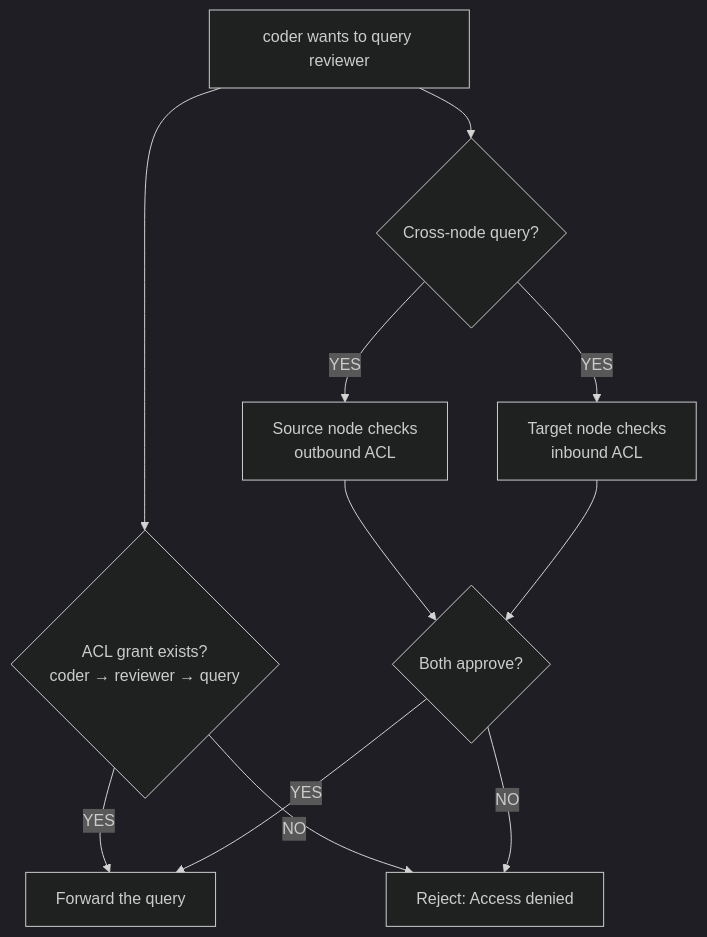
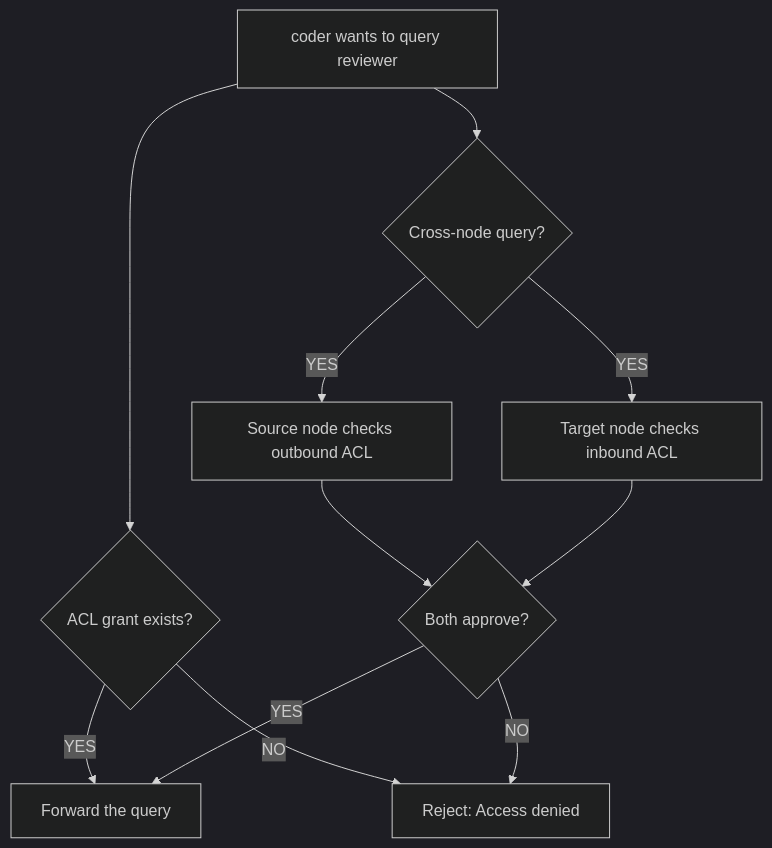
The diagram in website/docs/features/permissions.md (johnloveworld2022-ops/mecha.im), drawn with Mermaid (dark theme) before and after one commit. The commit also changed 16 other files, not shown here.

First line of the commit message:
docs: fix accuracy issues, mermaid v11 syntax, and casa command prefixes

````diff
--- a/website/docs/features/permissions.md
+++ b/website/docs/features/permissions.md
@@ -47,13 +47,13 @@
 ```mermaid
 flowchart TD
-  A["coder wants to query reviewer"] --> B{"ACL grant exists?<br/>coder → reviewer → query"}
+  A["coder wants to query reviewer"] --> B{"ACL grant exists?"}
   B -- YES --> C["Forward the query"]
   B -- NO --> D["Reject: Access denied"]
   A --> E{"Cross-node query?"}
-  E -- YES --> F["Source node checks<br/>outbound ACL"]
-  E -- YES --> G["Target node checks<br/>inbound ACL"]
+  E -- YES --> F["Source node checks outbound ACL"]
+  E -- YES --> G["Target node checks inbound ACL"]
   F --> H{"Both approve?"}
   G --> H
   H -- YES --> C
   H -- NO --> D
 ```
````
